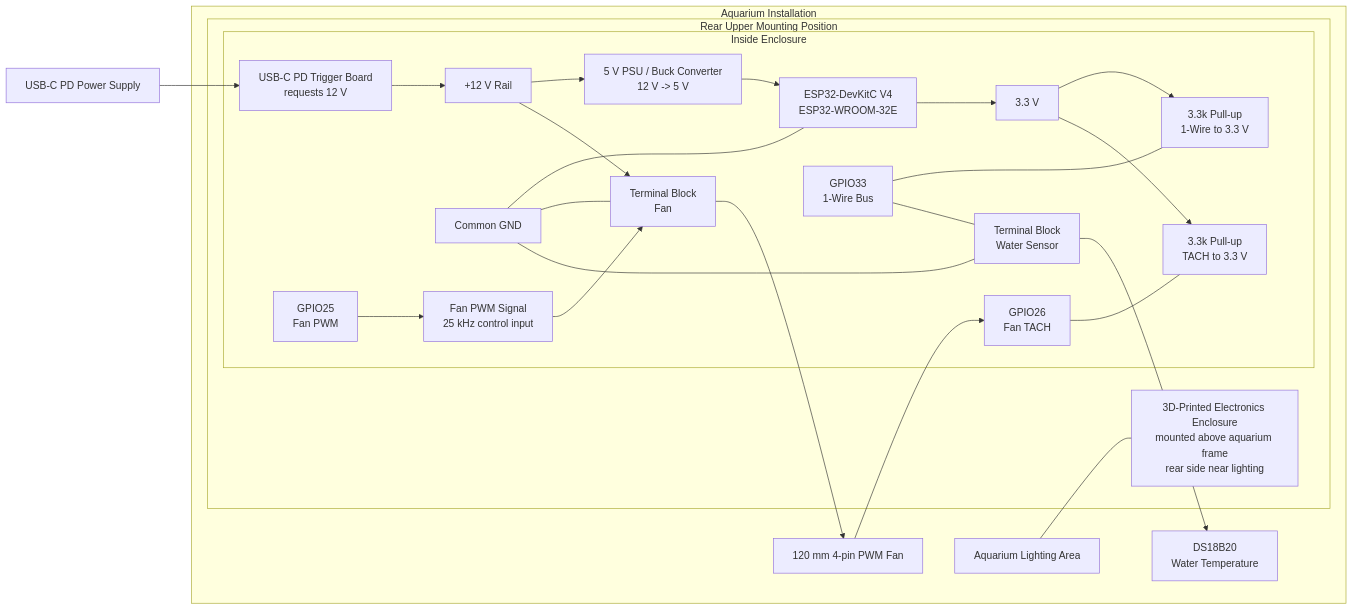
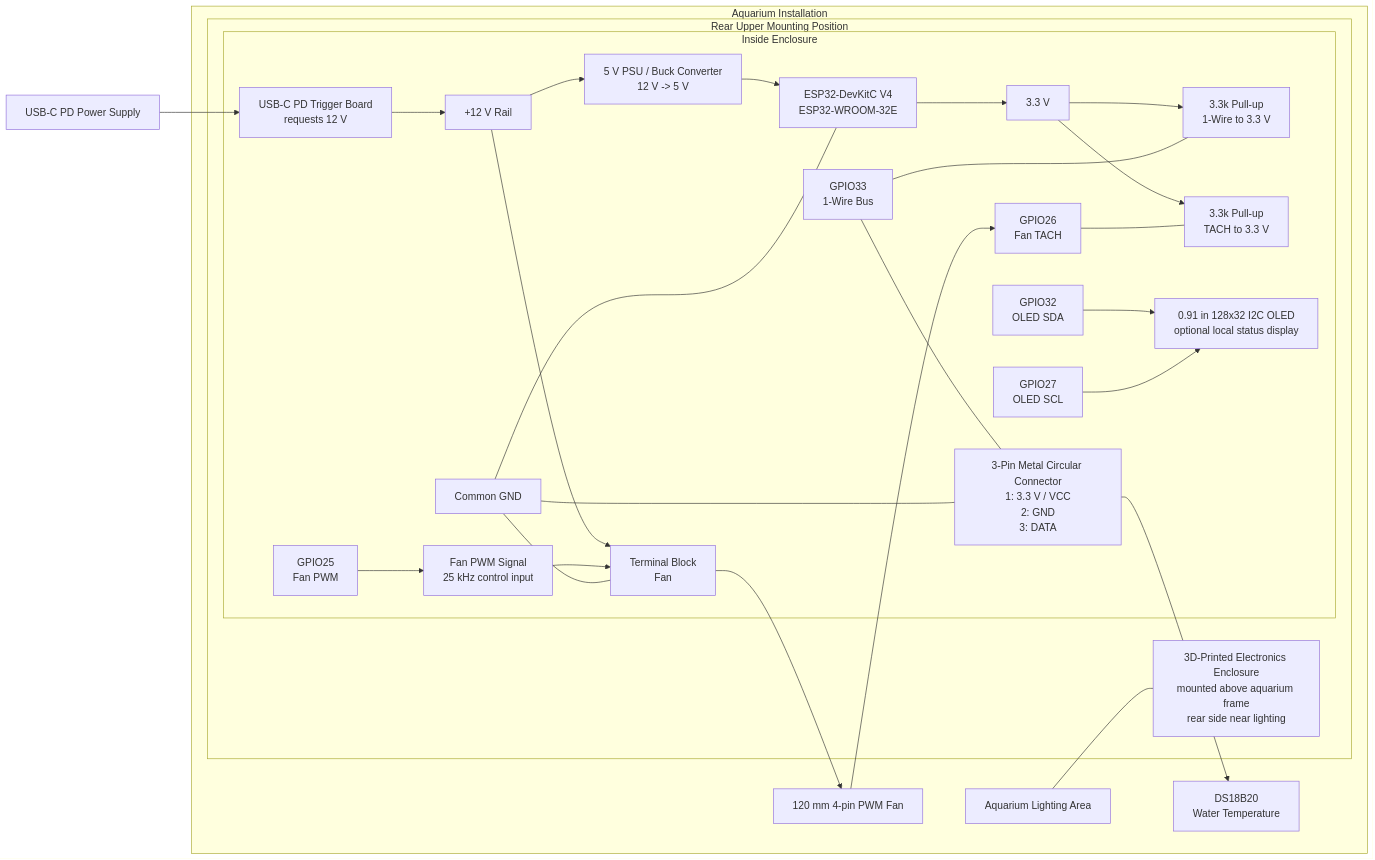
Before and after one commit to TeeVau/aquarium-cooling-controller: the diagram in docs/design/schematic-sketch.mmd, drawn with Mermaid. The commit also changed 10 other files, not shown here.

Commit message:
Release 0.3.0 with optional OLED status display

```diff
--- a/docs/design/schematic-sketch.mmd
+++ b/docs/design/schematic-sketch.mmd
@@ -1,59 +1,64 @@
 flowchart LR
   PSU["USB-C PD Power Supply"]
 
   subgraph "Aquarium Installation"
     subgraph "Rear Upper Mounting Position"
       ENC["3D-Printed Electronics Enclosure<br/>mounted above aquarium frame<br/>rear side near lighting"]
 
       subgraph "Inside Enclosure"
         PD["USB-C PD Trigger Board<br/>requests 12 V"]
         V12["+12 V Rail"]
         PSU5["5 V PSU / Buck Converter<br/>12 V -> 5 V"]
         GND["Common GND"]
         ESP["ESP32-DevKitC V4<br/>ESP32-WROOM-32E"]
         V33["3.3 V"]
         PULL1["3.3k Pull-up<br/>1-Wire to 3.3 V"]
         PULL2["3.3k Pull-up<br/>TACH to 3.3 V"]
         PWMIF["Fan PWM Signal<br/>25 kHz control input"]
+        OLED["0.91 in 128x32 I2C OLED<br/>optional local status display"]
 
         TERMF["Terminal Block<br/>Fan"]
-        TERMSW["Terminal Block<br/>Water Sensor"]
+        TERMSW["3-Pin Metal Circular Connector<br/>1: 3.3 V / VCC<br/>2: GND<br/>3: DATA"]
 
         GPIO25["GPIO25<br/>Fan PWM"]
         GPIO26["GPIO26<br/>Fan TACH"]
         GPIO33["GPIO33<br/>1-Wire Bus"]
+        GPIO32["GPIO32<br/>OLED SDA"]
+        GPIO27["GPIO27<br/>OLED SCL"]
       end
     end
 
     FAN["120 mm 4-pin PWM Fan"]
     DSW["DS18B20<br/>Water Temperature"]
     LIGHT["Aquarium Lighting Area"]
   end
 
   PSU --> PD
   PD --> V12
   V12 --> PSU5
   V12 --> TERMF
   PSU5 --> ESP
 
   ESP --> V33
   V33 --> PULL1
   V33 --> PULL2
 
   GPIO33 --- PULL1
   GPIO33 --- TERMSW
+  GPIO32 --> OLED
+  GPIO27 --> OLED
 
   GPIO25 --> PWMIF
   PWMIF --> TERMF
 
   TERMF --> FAN
   TERMSW --> DSW
 
   FAN --> GPIO26
   GPIO26 --- PULL2
 
   GND --- ESP
   GND --- TERMF
   GND --- TERMSW
 
   LIGHT --- ENC
```
